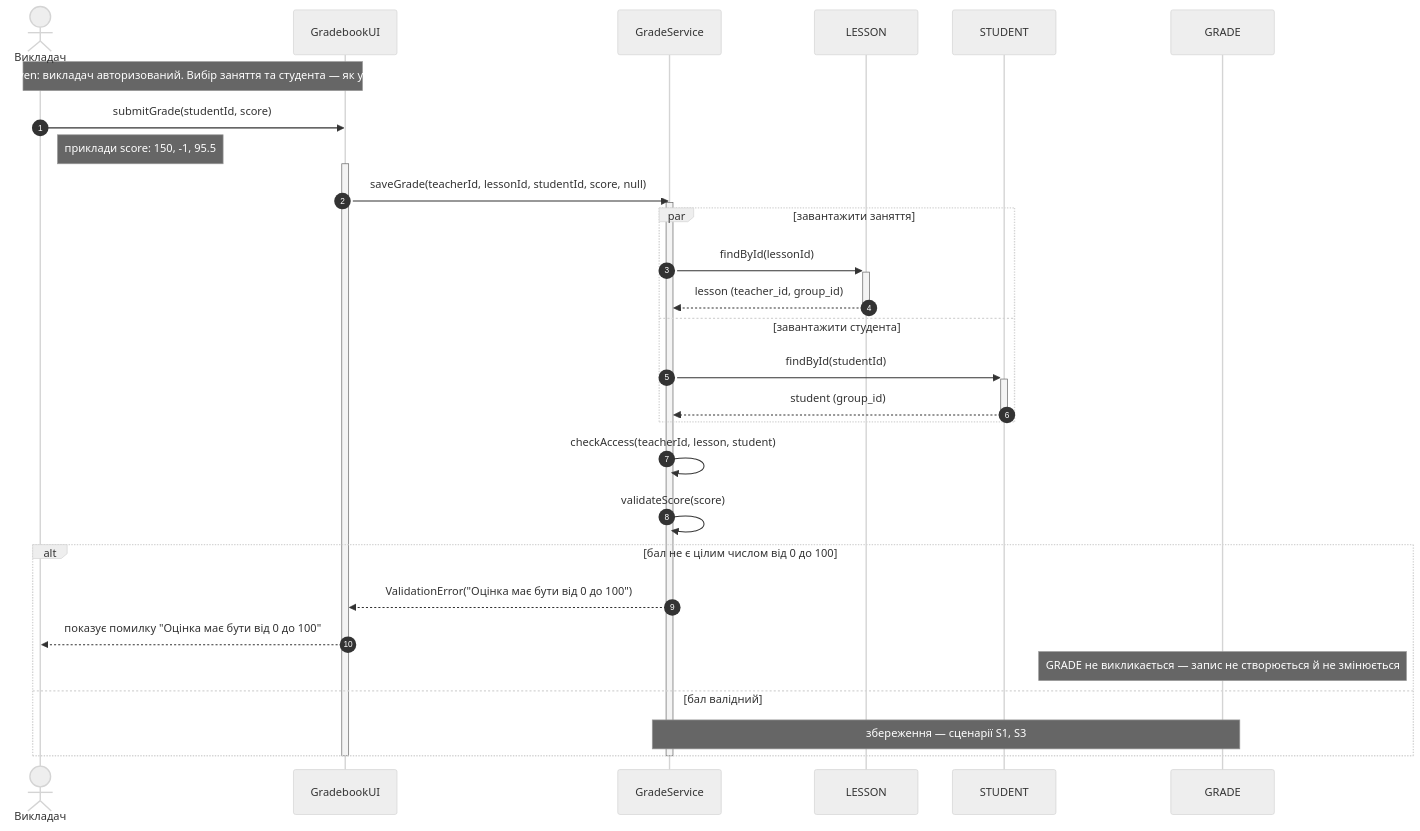
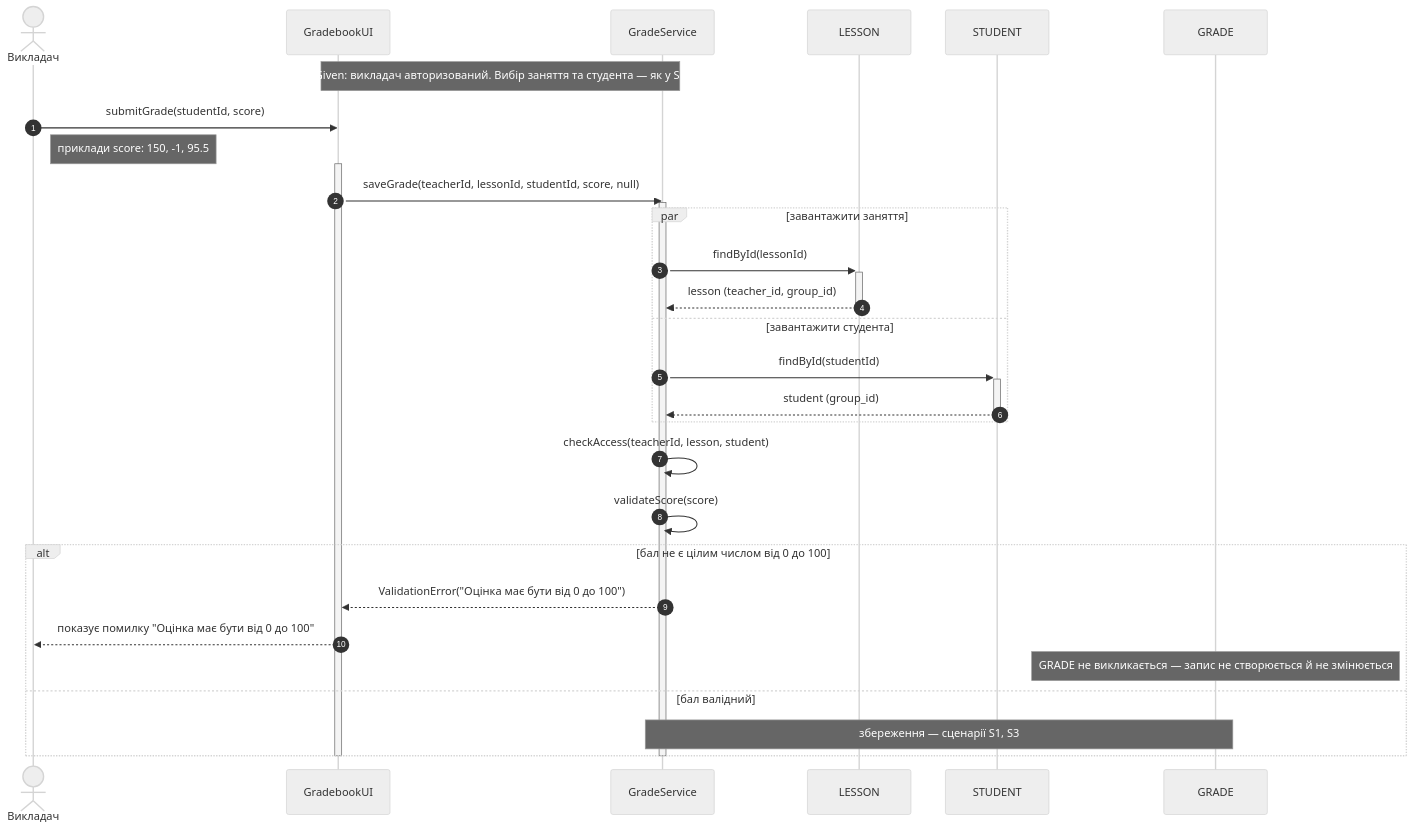
One commit to Mayki603/gradebook changed the second of 6 diagrams in sequence-diagrams.md. Above: the diagram before and after it, drawn with Mermaid (neutral theme). The commit also changed other lines of this file, not shown here.

````diff
--- a/sequence-diagrams.md
+++ b/sequence-diagrams.md
@@ -84,35 +87,35 @@
 ```mermaid
 sequenceDiagram
     autonumber
     actor T as Викладач
     participant UI as GradebookUI
     participant GS as GradeService
     participant L as LESSON
     participant S as STUDENT
     participant G as GRADE
 
-    Note over T,UI: Given: викладач авторизований. Вибір заняття та студента — як у S1
+    Note over UI,GS: Given: викладач авторизований. Вибір заняття та студента — як у S1
     T->>UI: submitGrade(studentId, score)
     Note right of T: приклади score: 150, -1, 95.5
     activate UI
     UI->>GS: saveGrade(teacherId, lessonId, studentId, score, null)
     activate GS
     par завантажити заняття
         GS->>+L: findById(lessonId)
         L-->>-GS: lesson (teacher_id, group_id)
     and завантажити студента
         GS->>+S: findById(studentId)
         S-->>-GS: student (group_id)
     end
     GS->>GS: checkAccess(teacherId, lesson, student)
     GS->>GS: validateScore(score)
     alt бал не є цілим числом від 0 до 100
         GS-->>UI: ValidationError("Оцінка має бути від 0 до 100")
         UI-->>T: показує помилку "Оцінка має бути від 0 до 100"
         Note over G: GRADE не викликається — запис не створюється й не змінюється
     else бал валідний
         Note over GS,G: збереження — сценарії S1, S3
     end
     deactivate GS
     deactivate UI
 ```
````
